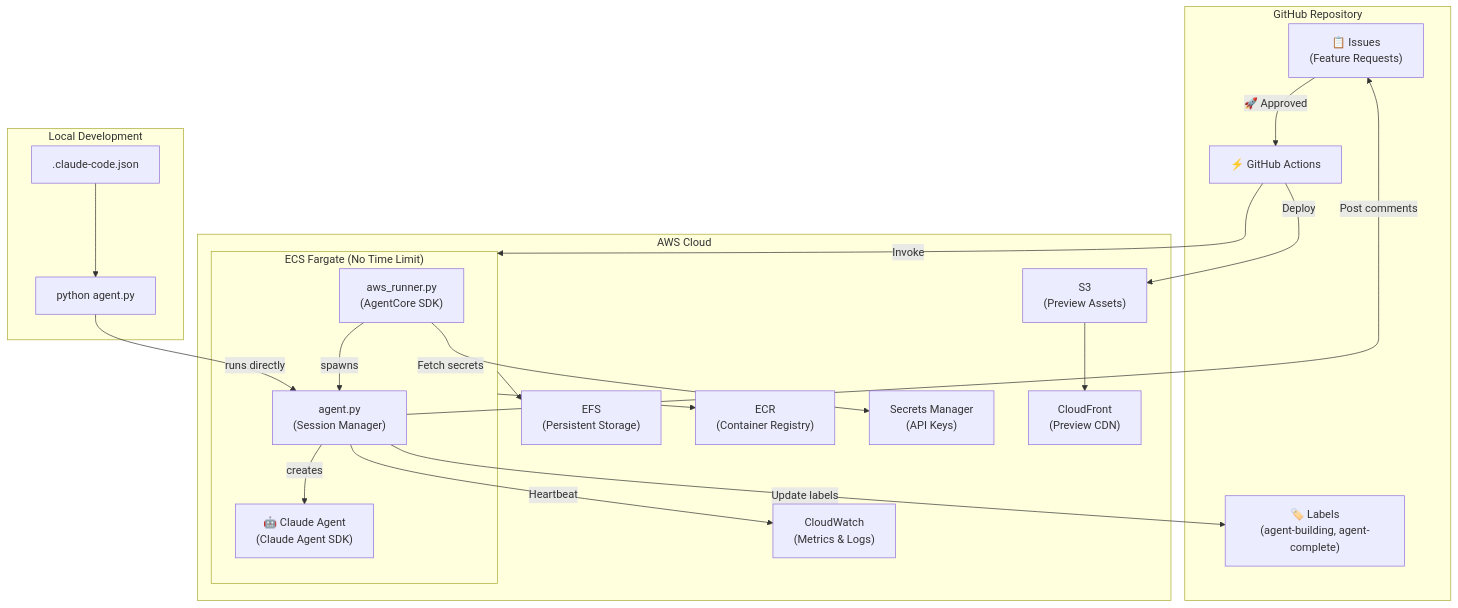
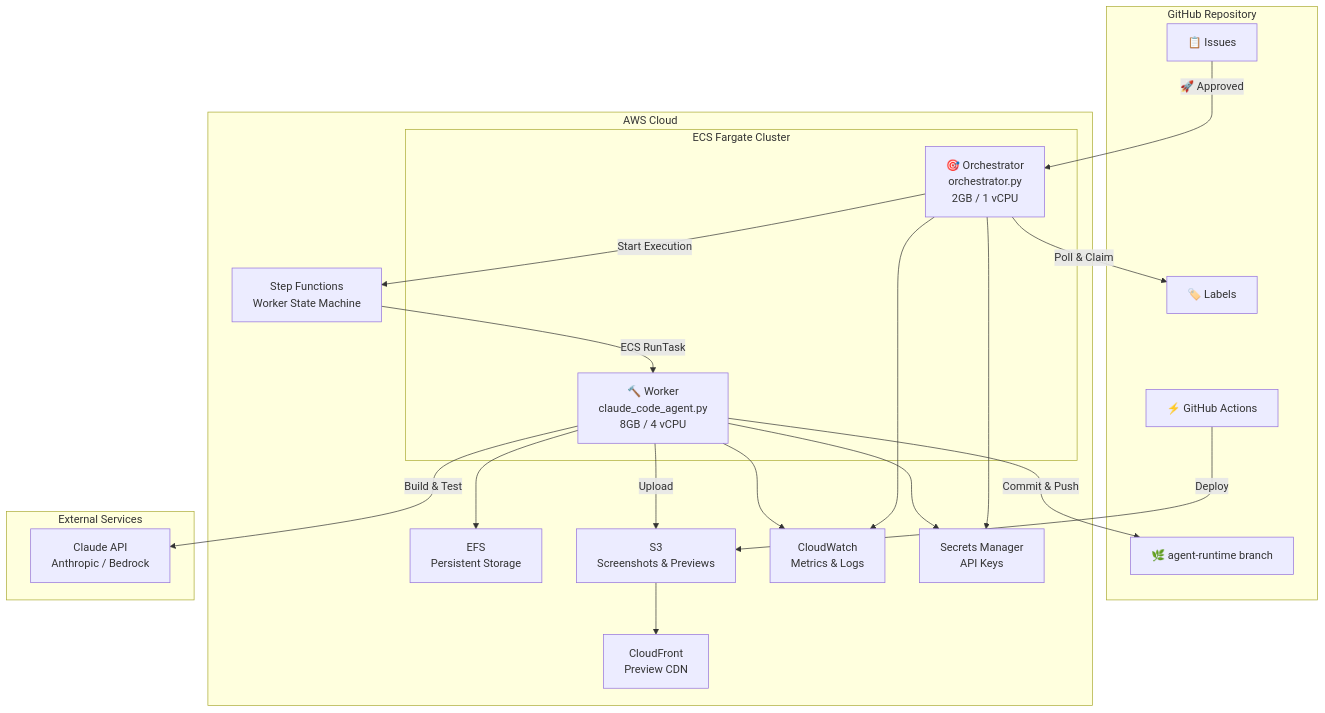
Before and after one commit to jawhnycooke/riv2025-long-horizon-coding-agent-demo: the first of 6 diagrams in README.md, drawn with Mermaid. The commit also changed other lines of this file and 26 other files, not shown here.

First line of the commit message:
refactor: Two-container ECS/Fargate architecture

````diff
--- a/README.md
+++ b/README.md
@@ -26,44 +9,42 @@
 ```mermaid
 flowchart TB
     subgraph GitHub["GitHub Repository"]
-        Issues["📋 Issues<br/>(Feature Requests)"]
+        Issues["📋 Issues"]
+        Labels["🏷️ Labels"]
+        Branch["🌿 agent-runtime branch"]
         Actions["⚡ GitHub Actions"]
-        Labels["🏷️ Labels<br/>(agent-building, agent-complete)"]
     end
 
     subgraph AWS["AWS Cloud"]
-        subgraph ECS["ECS Fargate (No Time Limit)"]
-            Entrypoint["aws_runner.py<br/>(AgentCore SDK)"]
-            SessionMgr["agent.py<br/>(Session Manager)"]
-            Claude["🤖 Claude Agent<br/>(Claude Agent SDK)"]
+        subgraph ECS["ECS Fargate Cluster"]
+            Orch["🎯 Orchestrator<br/>orchestrator.py<br/>2GB / 1 vCPU"]
+            Worker["🔨 Worker<br/>claude_code_agent.py<br/>8GB / 4 vCPU"]
         end
 
-        EFS["EFS<br/>(Persistent Storage)"]
-        ECR["ECR<br/>(Container Registry)"]
-        CW["CloudWatch<br/>(Metrics & Logs)"]
-        SM["Secrets Manager<br/>(API Keys)"]
-        CF["CloudFront<br/>(Preview CDN)"]
-        S3["S3<br/>(Preview Assets)"]
+        SFN["Step Functions<br/>Worker State Machine"]
+        EFS["EFS<br/>Persistent Storage"]
+        S3["S3<br/>Screenshots & Previews"]
+        CF["CloudFront<br/>Preview CDN"]
+        CW["CloudWatch<br/>Metrics & Logs"]
+        SM["Secrets Manager<br/>API Keys"]
     end
 
-    subgraph LocalDev["Local Development"]
-        CLI["python agent.py"]
-        Config[".claude-code.json"]
+    subgraph External["External Services"]
+        Claude["Claude API<br/>Anthropic / Bedrock"]
     end
 
-    Issues -->|"🚀 Approved"| Actions
-    Actions -->|"Invoke"| ECS
-    ECS --> EFS
-    ECS --> ECR
-    Entrypoint -->|"spawns"| SessionMgr
-    SessionMgr -->|"creates"| Claude
-    SessionMgr -->|"Heartbeat"| CW
-    Entrypoint -->|"Fetch secrets"| SM
-    SessionMgr -->|"Update labels"| Labels
-    SessionMgr -->|"Post comments"| Issues
+    Issues -->|"🚀 Approved"| Orch
+    Orch -->|"Poll & Claim"| Labels
+    Orch -->|"Start Execution"| SFN
+    SFN -->|"ECS RunTask"| Worker
+    Worker -->|"Build & Test"| Claude
+    Worker -->|"Commit & Push"| Branch
+    Worker -->|"Upload"| S3
+    S3 --> CF
+    Worker --> EFS
+    Orch --> CW
+    Worker --> CW
+    Orch --> SM
+    Worker --> SM
     Actions -->|"Deploy"| S3
-    S3 --> CF
-
-    CLI -->|"runs directly"| SessionMgr
-    Config --> CLI
 ```
````
